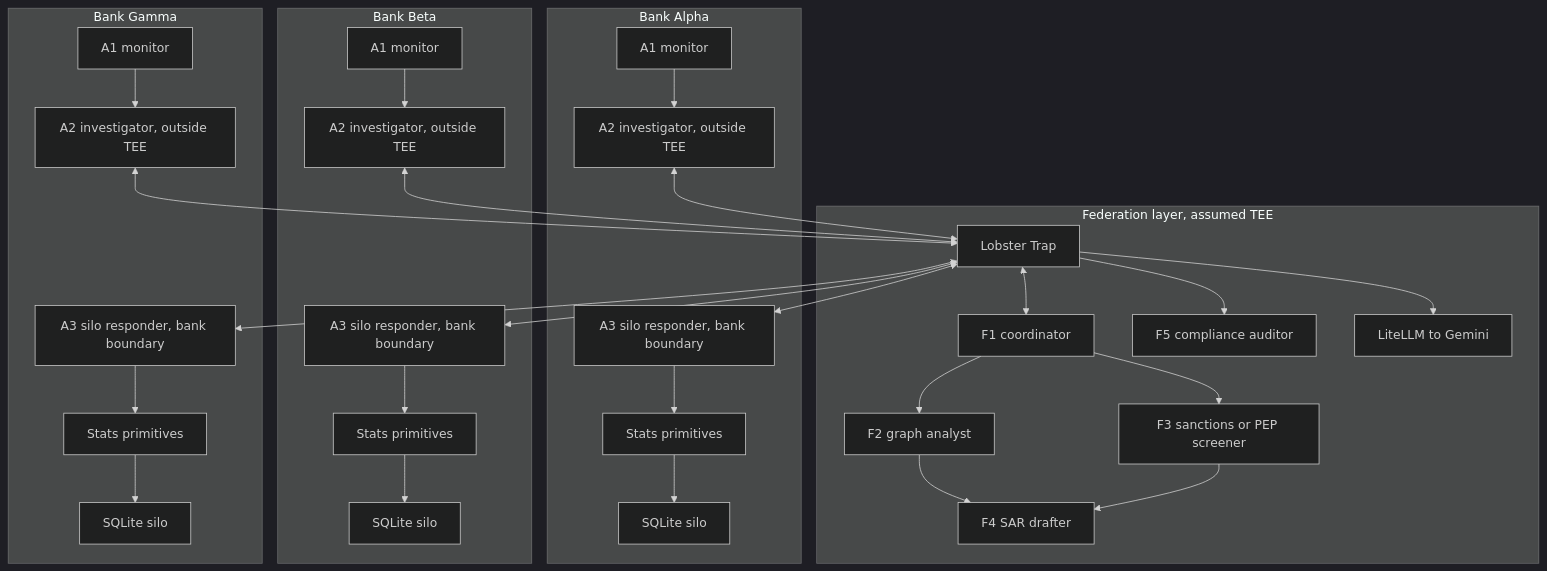
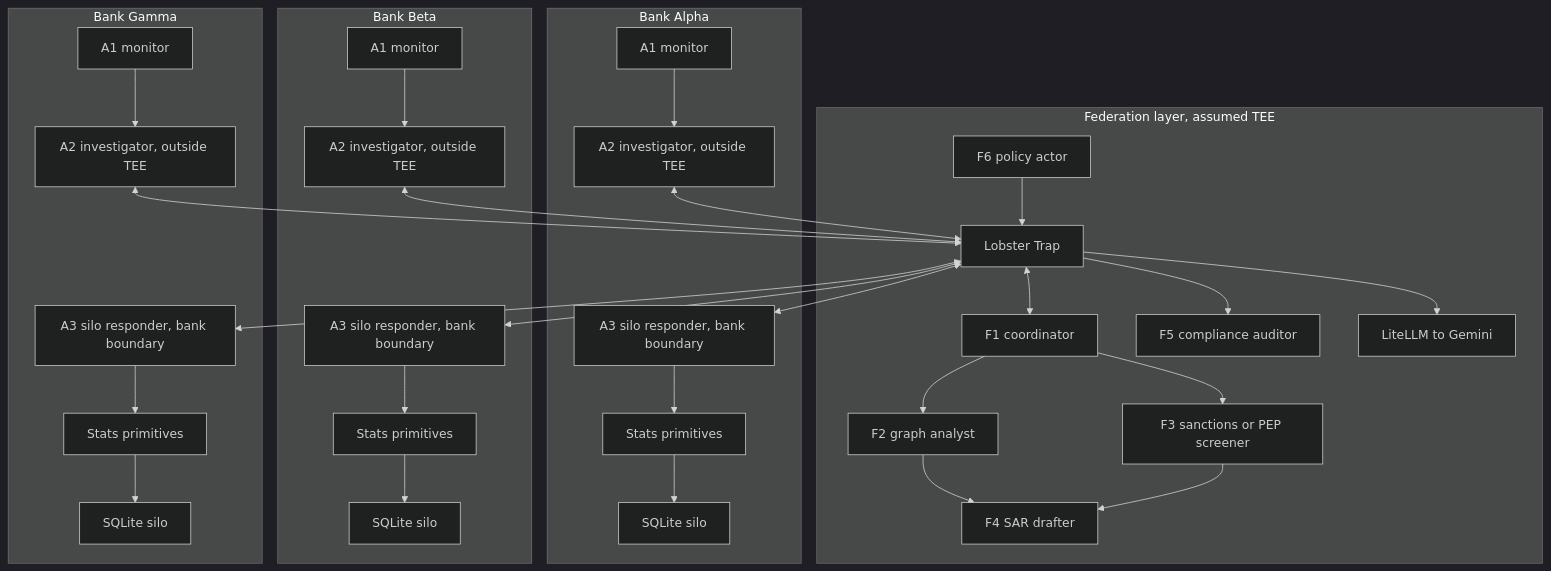
Before and after one commit to Airwhale/federated_silo_agent: the diagram in README.md, drawn with Mermaid (dark theme). The commit also changed other lines of this file and 6 other files, not shown here.

````diff
--- a/README.md
+++ b/README.md
@@ -102,59 +110,61 @@
 ```mermaid
 flowchart TB
     subgraph BA["Bank Alpha"]
         A1A["A1 monitor"]
         A2A["A2 investigator, outside TEE"]
         A3A["A3 silo responder, bank boundary"]
         DBA["SQLite silo"]
         SPA["Stats primitives"]
         A1A --> A2A
         A3A --> SPA
         SPA --> DBA
     end
 
     subgraph BB["Bank Beta"]
         A1B["A1 monitor"]
         A2B["A2 investigator, outside TEE"]
         A3B["A3 silo responder, bank boundary"]
         DBB["SQLite silo"]
         SPB["Stats primitives"]
         A1B --> A2B
         A3B --> SPB
         SPB --> DBB
     end
 
     subgraph BG["Bank Gamma"]
         A1G["A1 monitor"]
         A2G["A2 investigator, outside TEE"]
         A3G["A3 silo responder, bank boundary"]
         DBG["SQLite silo"]
         SPG["Stats primitives"]
         A1G --> A2G
         A3G --> SPG
         SPG --> DBG
     end
 
     subgraph FED["Federation layer, assumed TEE"]
         F1["F1 coordinator"]
         F2["F2 graph analyst"]
         F3["F3 sanctions or PEP screener"]
         F4["F4 SAR drafter"]
         F5["F5 compliance auditor"]
+        F6["F6 policy actor"]
         LT["Lobster Trap"]
         LLM["LiteLLM to Gemini"]
+        F6 --> LT
         LT --> LLM
         F1 --> F2
         F1 --> F3
         F2 --> F4
         F3 --> F4
         LT --> F5
     end
 
     A2A <--> LT
     A2B <--> LT
     A2G <--> LT
     LT <--> F1
     LT <--> A3A
     LT <--> A3B
     LT <--> A3G
 ```
````
